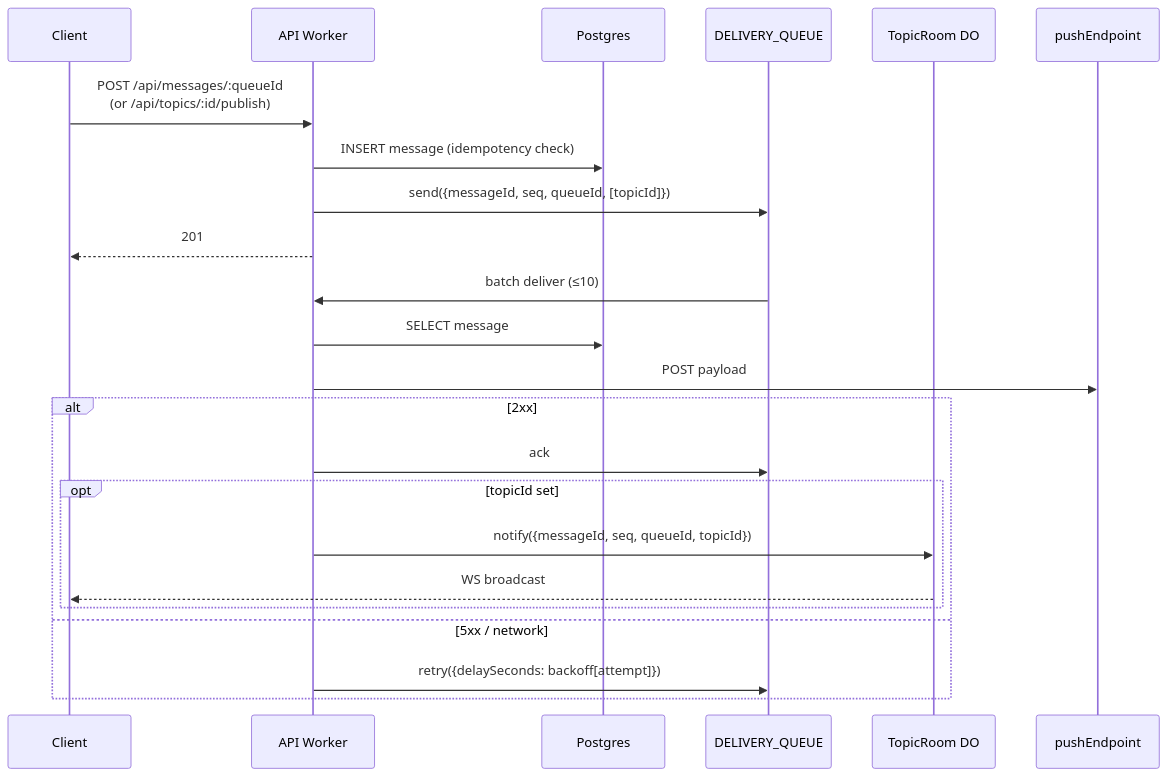
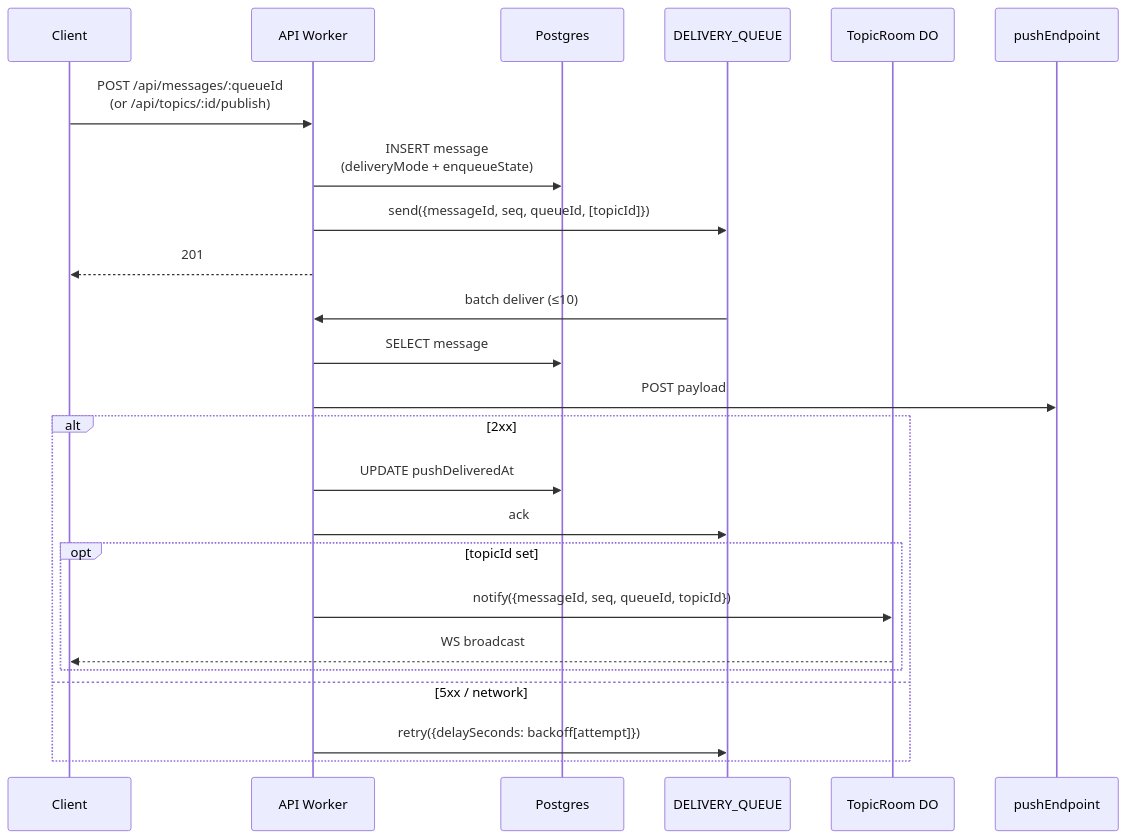
The third of 4 diagrams in docs/architecture.md (ozby/ingest-lens), drawn with Mermaid before and after one commit. The commit also changed other lines of this file and 2 other files, not shown here.

First line of the commit message:
docs(arch): fact-check and sync mermaid diagrams to current implementation

````diff
--- a/docs/architecture.md
+++ b/docs/architecture.md
@@ -158,26 +185,27 @@
 ```mermaid
 sequenceDiagram
   participant C as Client
   participant W as API Worker
   participant PG as Postgres
   participant Q as DELIVERY_QUEUE
   participant DO as TopicRoom DO
   participant E as pushEndpoint
 
   C->>W: POST /api/messages/:queueId<br/>(or /api/topics/:id/publish)
-  W->>PG: INSERT message (idempotency check)
+  W->>PG: INSERT message<br/>(deliveryMode + enqueueState)
   W->>Q: send({messageId, seq, queueId, [topicId]})
   W-->>C: 201
   Q->>W: batch deliver (≤10)
   W->>PG: SELECT message
   W->>E: POST payload
   alt 2xx
+    W->>PG: UPDATE pushDeliveredAt
     W->>Q: ack
     opt topicId set
       W->>DO: notify({messageId, seq, queueId, topicId})
       DO-->>C: WS broadcast
     end
   else 5xx / network
     W->>Q: retry({delaySeconds: backoff[attempt]})
   end
 ```
````
